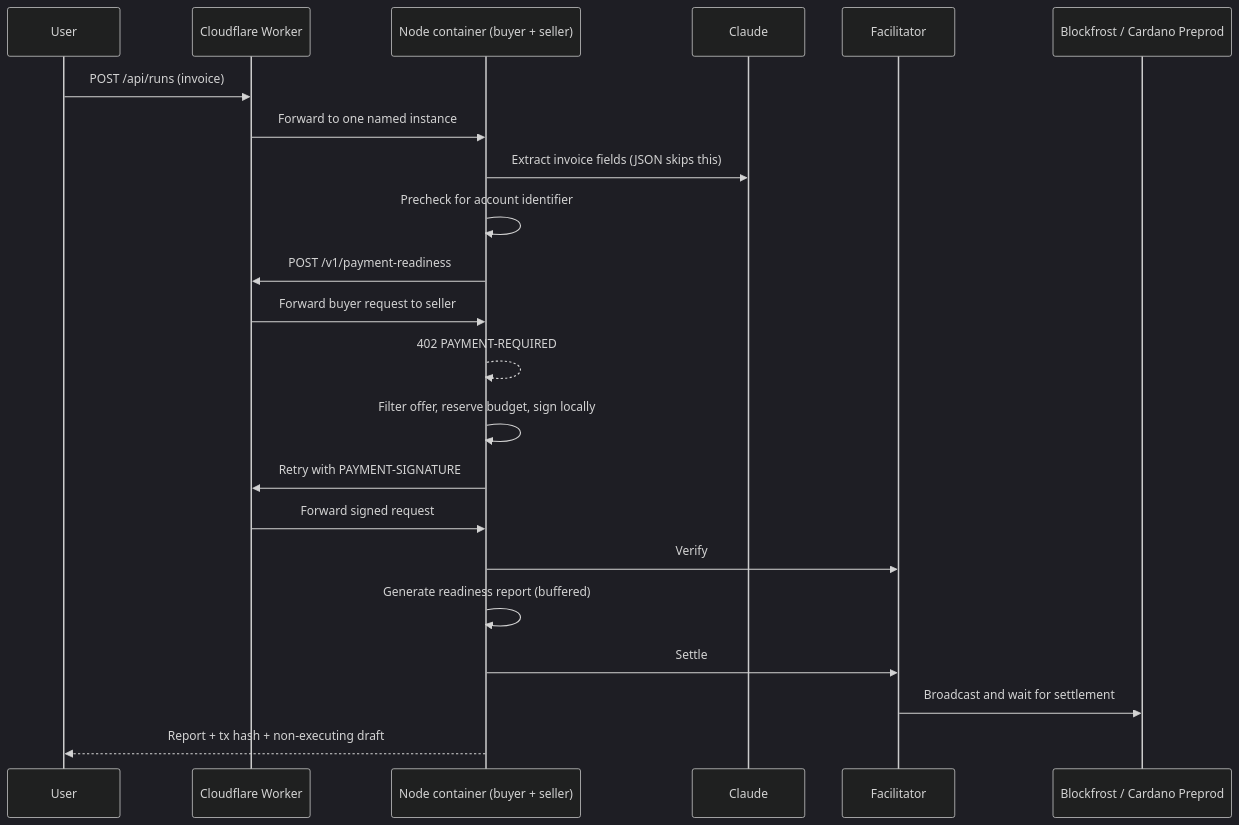
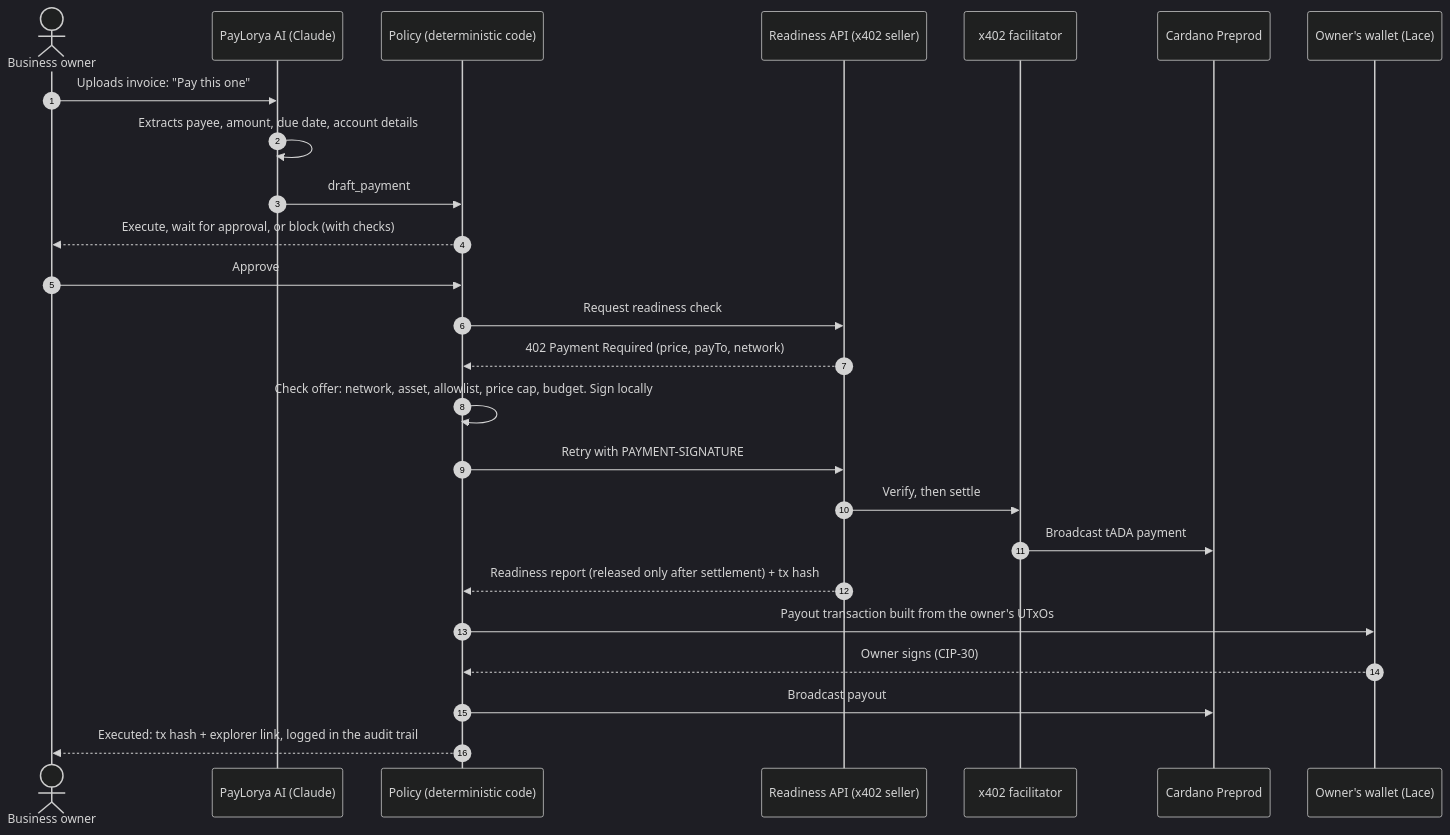
One commit to CashXChain-Research/PayLorya-AI changed the diagram in README.md. Above: the diagram before and after it, drawn with Mermaid (dark theme). The commit also changed other lines of this file and 3 other files, not shown here.

````diff
--- a/README.md
+++ b/README.md
@@ -69,24 +68,28 @@
 ```mermaid
 sequenceDiagram
-    participant U as User
-    participant W as Cloudflare Worker
-    participant C as Node container (buyer + seller)
-    participant AI as Claude
-    participant F as Facilitator
-    participant BF as Blockfrost / Cardano Preprod
-    U->>W: POST /api/runs (invoice)
-    W->>C: Forward to one named instance
-    C->>AI: Extract invoice fields (JSON skips this)
-    C->>C: Precheck for account identifier
-    C->>W: POST /v1/payment-readiness
-    W->>C: Forward buyer request to seller
-    C-->>C: 402 PAYMENT-REQUIRED
-    C->>C: Filter offer, reserve budget, sign locally
-    C->>W: Retry with PAYMENT-SIGNATURE
-    W->>C: Forward signed request
-    C->>F: Verify
-    C->>C: Generate readiness report (buffered)
-    C->>F: Settle
-    F->>BF: Broadcast and wait for settlement
-    C-->>U: Report + tx hash + non-executing draft
+    autonumber
+    actor O as Business owner
+    participant A as PayLorya AI (Claude)
+    participant P as Policy (deterministic code)
+    participant R as Readiness API (x402 seller)
+    participant F as x402 facilitator
+    participant C as Cardano Preprod
+    participant L as Owner's wallet (Lace)
+
+    O->>A: Uploads invoice: "Pay this one"
+    A->>A: Extracts payee, amount, due date, account details
+    A->>P: draft_payment
+    P-->>O: Execute, wait for approval, or block (with checks)
+    O->>P: Approve
+    P->>R: Request readiness check
+    R-->>P: 402 Payment Required (price, payTo, network)
+    P->>P: Check offer: network, asset, allowlist, price cap, budget. Sign locally
+    P->>R: Retry with PAYMENT-SIGNATURE
+    R->>F: Verify, then settle
+    F->>C: Broadcast tADA payment
+    R-->>P: Readiness report (released only after settlement) + tx hash
+    P->>L: Payout transaction built from the owner's UTxOs
+    L-->>P: Owner signs (CIP-30)
+    P->>C: Broadcast payout
+    P-->>O: Executed: tx hash + explorer link, logged in the audit trail
 ```
````
